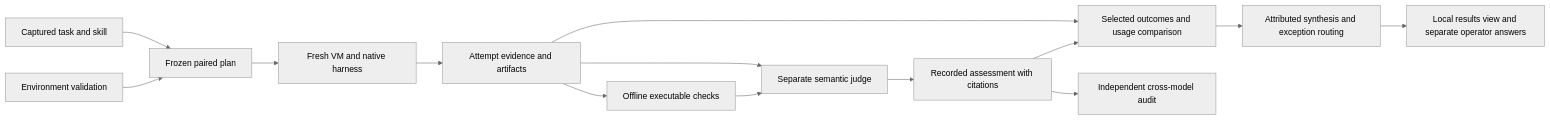
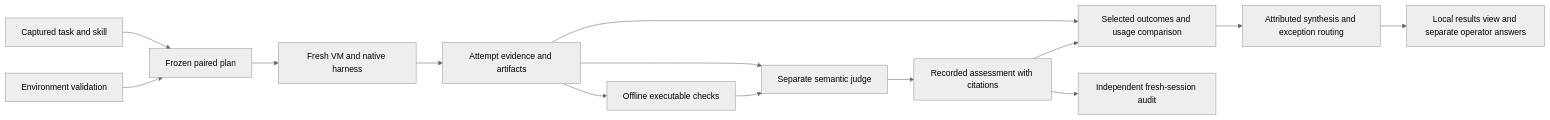
Before and after one commit to davisbuilds/skilleval: the diagram in docs/system/ARCHITECTURE.md, drawn with Mermaid (neutral theme). The commit also changed other lines of this file and 8 other files, not shown here.

First line of the commit message:
Require fresh-session independence instead of cross-model review

````diff
--- a/docs/system/ARCHITECTURE.md
+++ b/docs/system/ARCHITECTURE.md
@@ -10,16 +10,16 @@
 ```mermaid
 flowchart LR
   T[Captured task and skill] --> P[Frozen paired plan]
   V[Environment validation] --> P
   P --> R[Fresh VM and native harness]
   R --> E[Attempt evidence and artifacts]
   E --> C[Offline executable checks]
   E --> J[Separate semantic judge]
   C --> J
   J --> A[Recorded assessment with citations]
   E --> O[Selected outcomes and usage comparison]
   A --> O
   O --> S[Attributed synthesis and exception routing]
   S --> U[Local results view and separate operator answers]
-  A --> H[Independent cross-model audit]
+  A --> H[Independent fresh-session audit]
 ```
````
